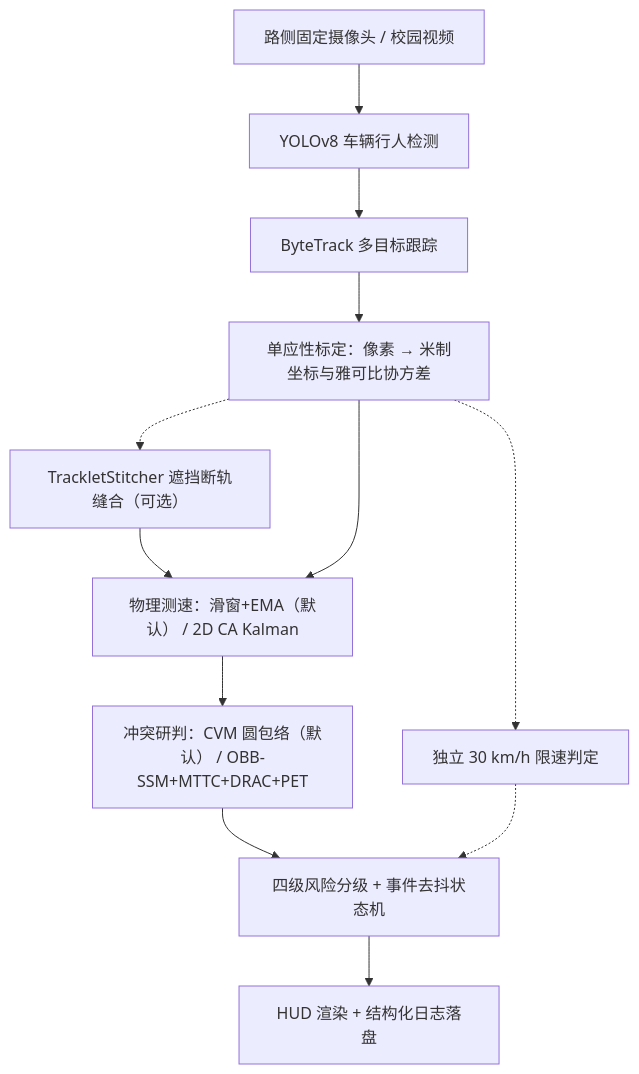
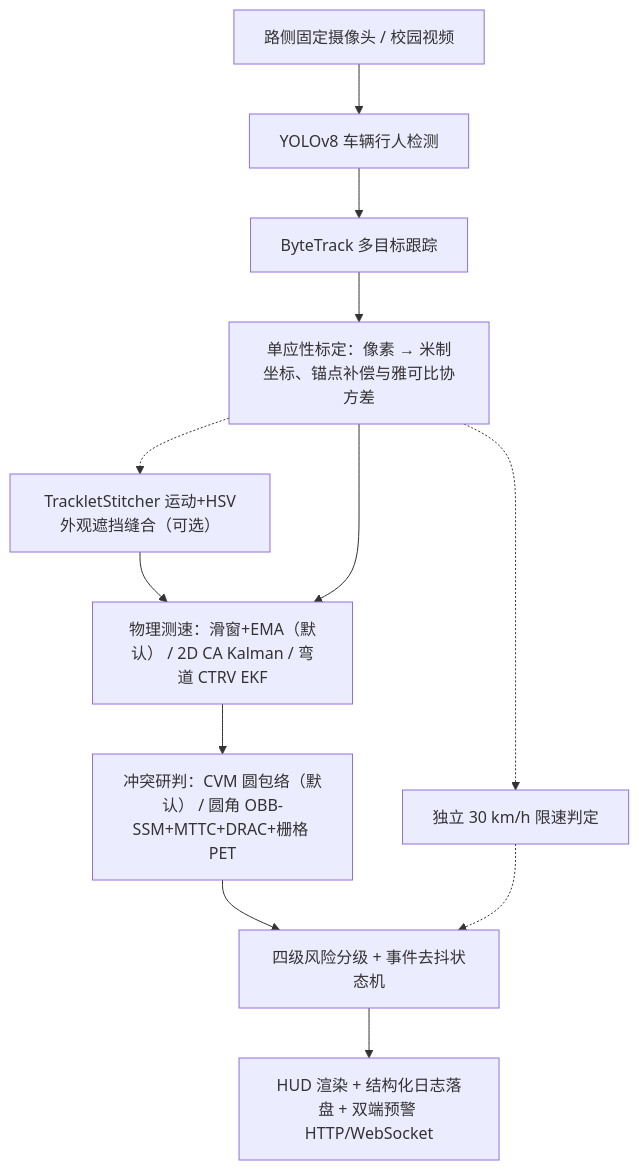
The diagram in README.md (blckgum/jszx-), drawn with Mermaid before and after one commit. The commit also changed other lines of this file and 26 other files, not shown here.

First line of the commit message:
feat(analysis): add rounded OBB/PET, HSV appearance stitching, CTRV, anchor comp, streaming service, GUI zones, and benchmark charts

````diff
--- a/README.md
+++ b/README.md
@@ -9,14 +9,14 @@
 ```mermaid
 flowchart TD
     A[路侧固定摄像头 / 校园视频] --> B[YOLOv8 车辆行人检测]
     B --> C[ByteTrack 多目标跟踪]
-    C --> D[单应性标定：像素 → 米制坐标与雅可比协方差]
-    D -.-> S[TrackletStitcher 遮挡断轨缝合（可选）]
-    S --> E[物理测速：滑窗+EMA（默认） / 2D CA Kalman]
+    C --> D[单应性标定：像素 → 米制坐标、锚点补偿与雅可比协方差]
+    D -.-> S[TrackletStitcher 运动+HSV外观遮挡缝合（可选）]
+    S --> E[物理测速：滑窗+EMA（默认） / 2D CA Kalman / 弯道 CTRV EKF]
     D --> E
-    E --> F[冲突研判：CVM 圆包络（默认） / OBB-SSM+MTTC+DRAC+PET]
+    E --> F[冲突研判：CVM 圆包络（默认） / 圆角 OBB-SSM+MTTC+DRAC+栅格 PET]
     F --> G[四级风险分级 + 事件去抖状态机]
-    G --> H[HUD 渲染 + 结构化日志落盘]
+    G --> H[HUD 渲染 + 结构化日志落盘 + 双端预警 HTTP/WebSocket]
     D -.-> I[独立 30 km/h 限速判定]
     I -.-> G
 ```
````
